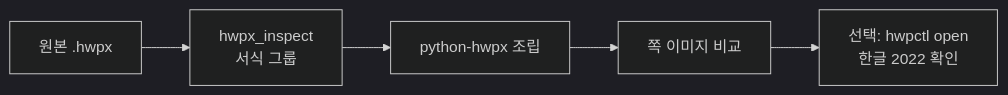
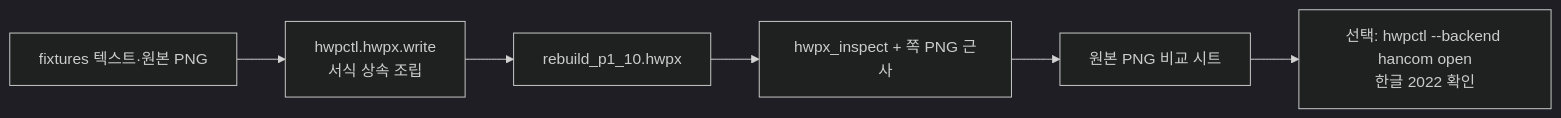
The diagram in docs/hwpx-upgrade-plan.md (Jasujung99/hwpctl), drawn with Mermaid (dark theme) before and after one commit. The commit also changed other lines of this file and 47 other files, not shown here.

First line of the commit message:
feat: HWPX backend write path and Hangul-free gongo recreate

````diff
--- a/docs/hwpx-upgrade-plan.md
+++ b/docs/hwpx-upgrade-plan.md
@@ -13,7 +12,8 @@
 ```mermaid
 flowchart LR
-    A["원본 .hwpx"] --> B["hwpx_inspect<br/>서식 그룹"]
-    B --> C["python-hwpx 조립"]
-    C --> D["쪽 이미지 비교"]
-    D --> E["선택: hwpctl open<br/>한글 2022 확인"]
+    A["fixtures 텍스트·원본 PNG"] --> B["hwpctl.hwpx.write<br/>서식 상속 조립"]
+    B --> C["rebuild_p1_10.hwpx"]
+    C --> D["hwpx_inspect + 쪽 PNG 근사"]
+    D --> E["원본 PNG 비교 시트"]
+    E --> F["선택: hwpctl --backend hancom open<br/>한글 2022 확인"]
 ```
````
